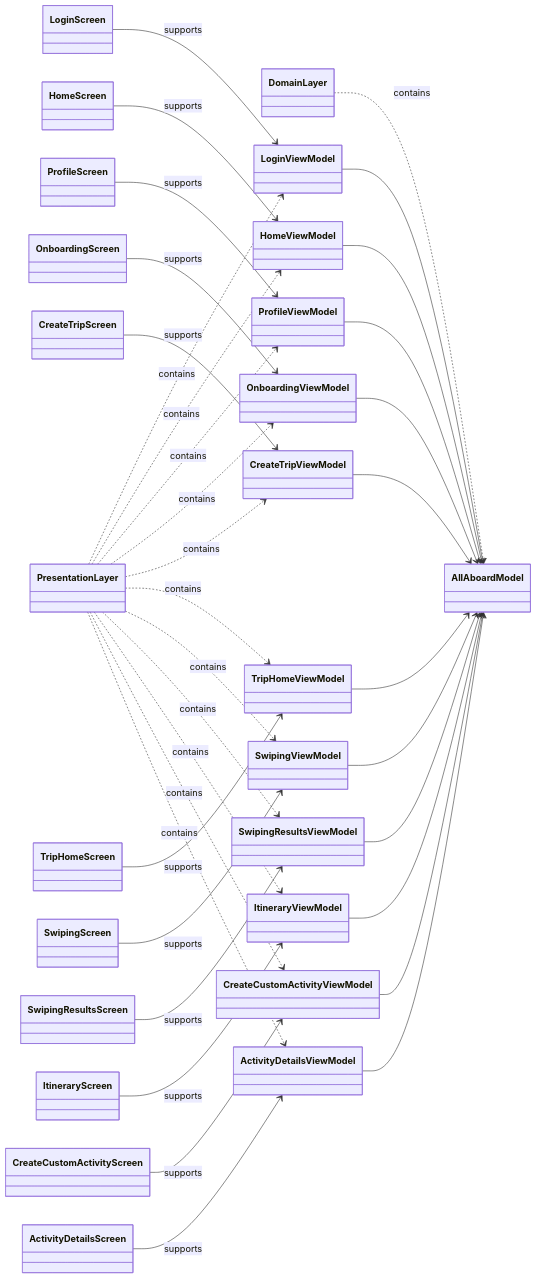
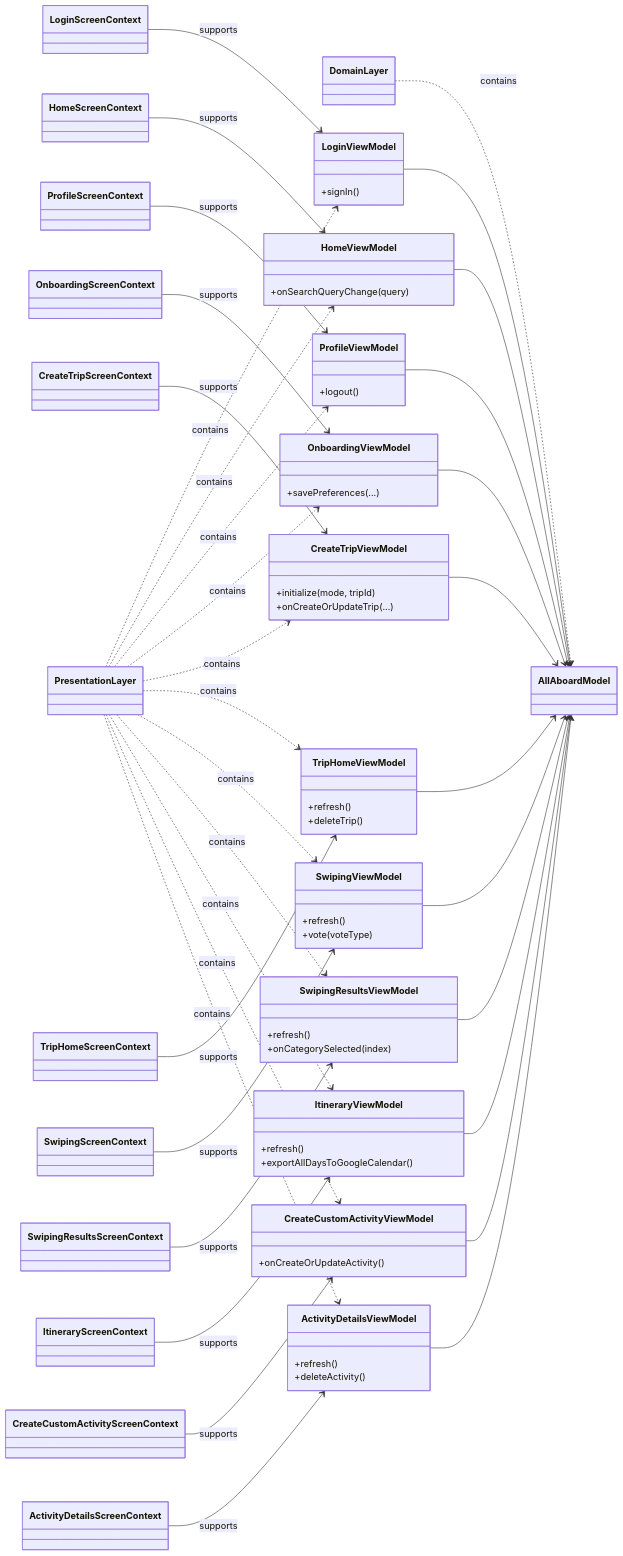
The second of 2 diagrams in docs/uml-class-diagrams.md (bethxny-liu/AllAboard), drawn with Mermaid before and after one commit. The commit also changed other lines of this file, not shown here.

Commit message:
final?fix

```diff
--- a/docs/uml-class-diagrams.md
+++ b/docs/uml-class-diagrams.md
@@ -151,29 +177,57 @@
     class PresentationLayer
     class DomainLayer
 
-    class LoginScreen
-    class HomeScreen
-    class ProfileScreen
-    class OnboardingScreen
-    class CreateTripScreen
-    class TripHomeScreen
-    class SwipingScreen
-    class SwipingResultsScreen
-    class ItineraryScreen
-    class CreateCustomActivityScreen
-    class ActivityDetailsScreen
+    class LoginScreenContext
+    class HomeScreenContext
+    class ProfileScreenContext
+    class OnboardingScreenContext
+    class CreateTripScreenContext
+    class TripHomeScreenContext
+    class SwipingScreenContext
+    class SwipingResultsScreenContext
+    class ItineraryScreenContext
+    class CreateCustomActivityScreenContext
+    class ActivityDetailsScreenContext
 
-    class LoginViewModel
-    class HomeViewModel
-    class ProfileViewModel
-    class OnboardingViewModel
-    class CreateTripViewModel
-    class TripHomeViewModel
-    class SwipingViewModel
-    class SwipingResultsViewModel
-    class ItineraryViewModel
-    class CreateCustomActivityViewModel
-    class ActivityDetailsViewModel
+    class LoginViewModel {
+      +signIn()
+    }
+    class HomeViewModel {
+      +onSearchQueryChange(query)
+    }
+    class ProfileViewModel {
+      +logout()
+    }
+    class OnboardingViewModel {
+      +savePreferences(...)
+    }
+    class CreateTripViewModel {
+      +initialize(mode, tripId)
+      +onCreateOrUpdateTrip(...)
+    }
+    class TripHomeViewModel {
+      +refresh()
+      +deleteTrip()
+    }
+    class SwipingViewModel {
+      +refresh()
+      +vote(voteType)
+    }
+    class SwipingResultsViewModel {
+      +refresh()
+      +onCategorySelected(index)
+    }
+    class ItineraryViewModel {
+      +refresh()
+      +exportAllDaysToGoogleCalendar()
+    }
+    class CreateCustomActivityViewModel {
+      +onCreateOrUpdateActivity()
+    }
+    class ActivityDetailsViewModel {
+      +refresh()
+      +deleteActivity()
+    }
 
     class AllAboardModel
 
@@ -190,17 +244,17 @@
     PresentationLayer ..> ActivityDetailsViewModel : contains
     DomainLayer ..> AllAboardModel : contains
 
-    LoginScreen --> LoginViewModel : supports
-    HomeScreen --> HomeViewModel : supports
-    ProfileScreen --> ProfileViewModel : supports
-    OnboardingScreen --> OnboardingViewModel : supports
-    CreateTripScreen --> CreateTripViewModel : supports
-    TripHomeScreen --> TripHomeViewModel : supports
-    SwipingScreen --> SwipingViewModel : supports
-    SwipingResultsScreen --> SwipingResultsViewModel : supports
-    ItineraryScreen --> ItineraryViewModel : supports
-    CreateCustomActivityScreen --> CreateCustomActivityViewModel : supports
-    ActivityDetailsScreen --> ActivityDetailsViewModel : supports
+    LoginScreenContext --> LoginViewModel : supports
+    HomeScreenContext --> HomeViewModel : supports
+    ProfileScreenContext --> ProfileViewModel : supports
+    OnboardingScreenContext --> OnboardingViewModel : supports
+    CreateTripScreenContext --> CreateTripViewModel : supports
+    TripHomeScreenContext --> TripHomeViewModel : supports
+    SwipingScreenContext --> SwipingViewModel : supports
+    SwipingResultsScreenContext --> SwipingResultsViewModel : supports
+    ItineraryScreenContext --> ItineraryViewModel : supports
+    CreateCustomActivityScreenContext --> CreateCustomActivityViewModel : supports
+    ActivityDetailsScreenContext --> ActivityDetailsViewModel : supports
 
     LoginViewModel --> AllAboardModel
     HomeViewModel --> AllAboardModel
```
